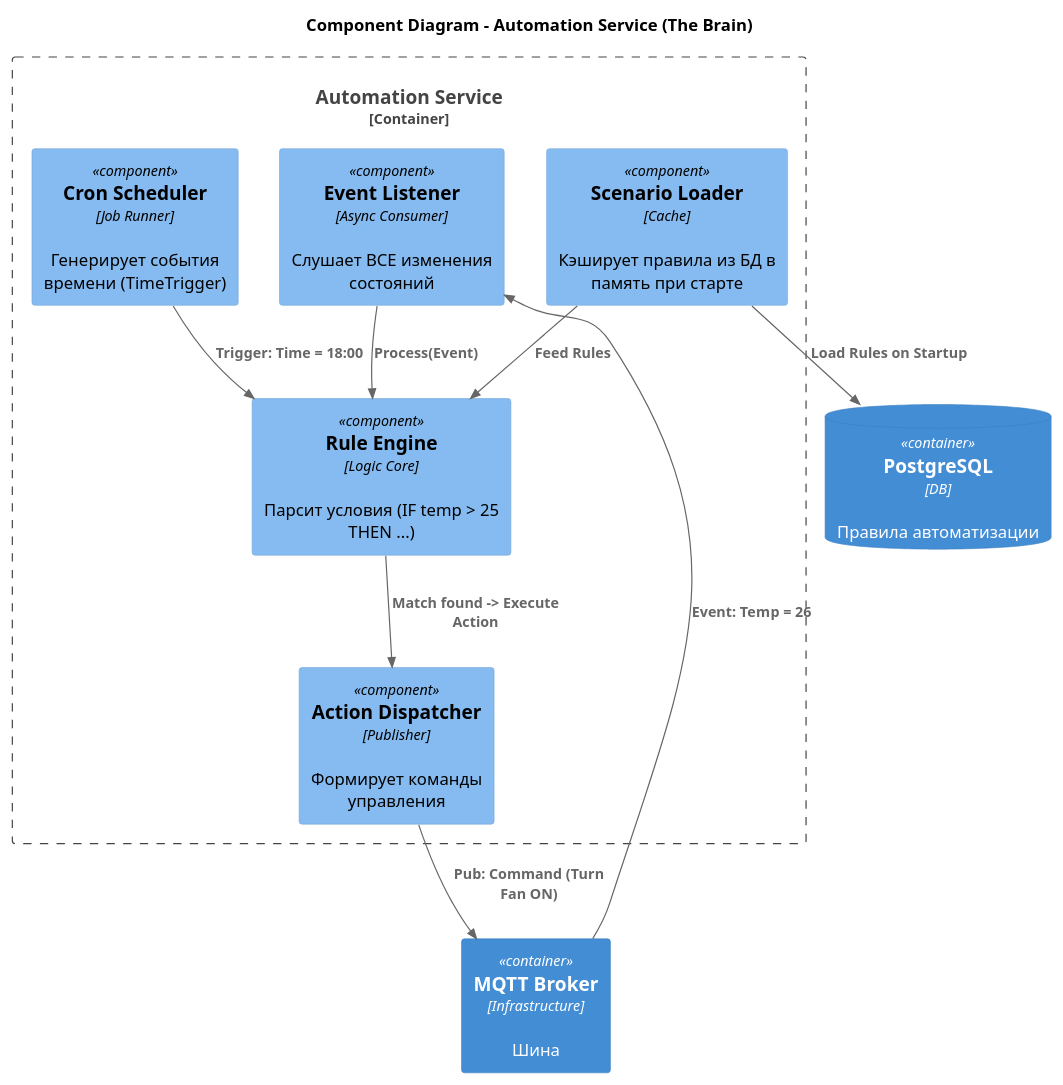
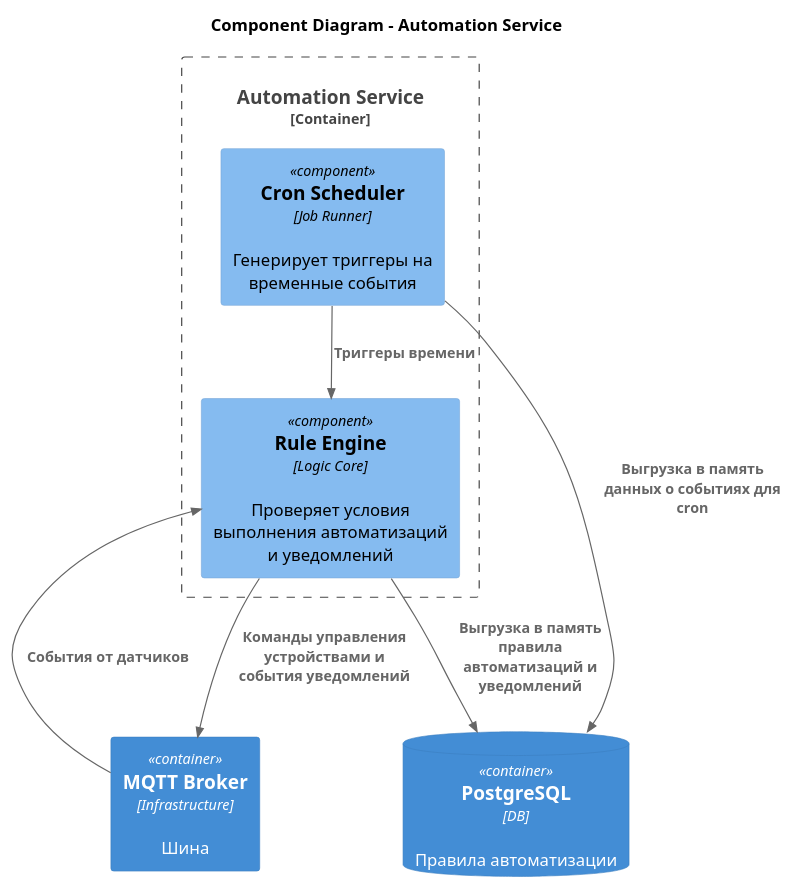
One commit to kalancha/architecture-course changed the diagram in architecture-warmhouse/apps/diagrams/AutomationServiceComponent.puml. Above: the diagram before and after it, drawn with PlantUML. The commit also changed 13 other files, not shown here.

Commit message:
C4 Plant UML Container

```diff
--- a/architecture-warmhouse/apps/diagrams/AutomationServiceComponent.puml
+++ b/architecture-warmhouse/apps/diagrams/AutomationServiceComponent.puml
@@ -1,40 +1,24 @@
 @startuml
 !include https://raw.githubusercontent.com/plantuml-stdlib/C4-PlantUML/master/C4_Component.puml
 
-title Component Diagram - Automation Service (The Brain)
+title Component Diagram - Automation Service
 
 Container(broker, "MQTT Broker", "Infrastructure", "Шина")
 ContainerDb(db, "PostgreSQL", "DB", "Правила автоматизации")
 
 Container_Boundary(automation, "Automation Service") {
+    Component(rule_engine, "Rule Engine", "Logic Core", "Проверяет условия выполнения автоматизаций и уведомлений")
 
-    Component(event_listener, "Event Listener", "Async Consumer", "Слушает ВСЕ изменения состояний")
-
-    Component(rule_engine, "Rule Engine", "Logic Core", "Парсит условия (IF temp > 25 THEN ...)")
-
-    Component(scheduler, "Cron Scheduler", "Job Runner", "Генерирует события времени (TimeTrigger)")
-
-    Component(action_dispatcher, "Action Dispatcher", "Publisher", "Формирует команды управления")
-
-    Component(script_loader, "Scenario Loader", "Cache", "Кэширует правила из БД в память при старте")
-
+    Component(scheduler, "Cron Scheduler", "Job Runner", "Генерирует триггеры на временные события")
 }
 
-' Initialization
-Rel(script_loader, db, "Load Rules on Startup")
-Rel(script_loader, rule_engine, "Feed Rules")
+Rel(broker, rule_engine, "События от датчиков")
 
-' Flow 1: Event Trigger (Sensor)
-Rel(broker, event_listener, "Event: Temp = 26")
-Rel(event_listener, rule_engine, "Process(Event)")
+Rel(scheduler, rule_engine, "Триггеры времени")
 
-' Flow 2: Time Trigger (Schedule)
-Rel(scheduler, rule_engine, "Trigger: Time = 18:00")
+Rel(rule_engine, db, "Выгрузка в память правила автоматизаций и уведомлений")
+Rel(scheduler, db, "Выгрузка в память данных о событиях для cron")
 
-' Logic Execution
-Rel(rule_engine, action_dispatcher, "Match found -> Execute Action")
-
-' Output
-Rel(action_dispatcher, broker, "Pub: Command (Turn Fan ON)")
+Rel(rule_engine, broker, "Команды управления устройствами и события уведомлений")
 
 @enduml
```
